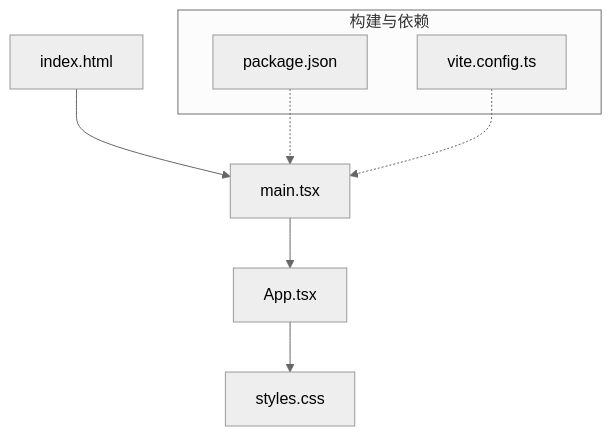
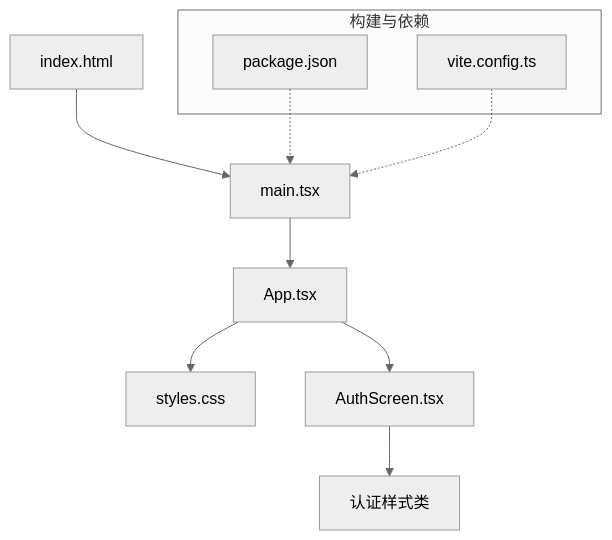
One commit to Maki3991/study-PactLedger changed the first of 4 diagrams in .qoder/repowiki/zh/content/样式与主题系统.md. Above: the diagram before and after it, drawn with Mermaid (neutral theme). The commit also changed other lines of this file and 15 other files, not shown here.

````diff
--- a/.qoder/repowiki/zh/content/样式与主题系统.md
+++ b/.qoder/repowiki/zh/content/样式与主题系统.md
@@ -36,12 +48,14 @@
 ```mermaid
 graph TB
 A["index.html"] --> B["main.tsx"]
 B --> C["App.tsx"]
 C --> D["styles.css"]
+C --> E["AuthScreen.tsx"]
+E --> F["认证样式类"]
 subgraph "构建与依赖"
-E["package.json"]
-F["vite.config.ts"]
+G["package.json"]
+H["vite.config.ts"]
 end
-E -.-> B
-F -.-> B
+G -.-> B
+H -.-> B
 ```
````
